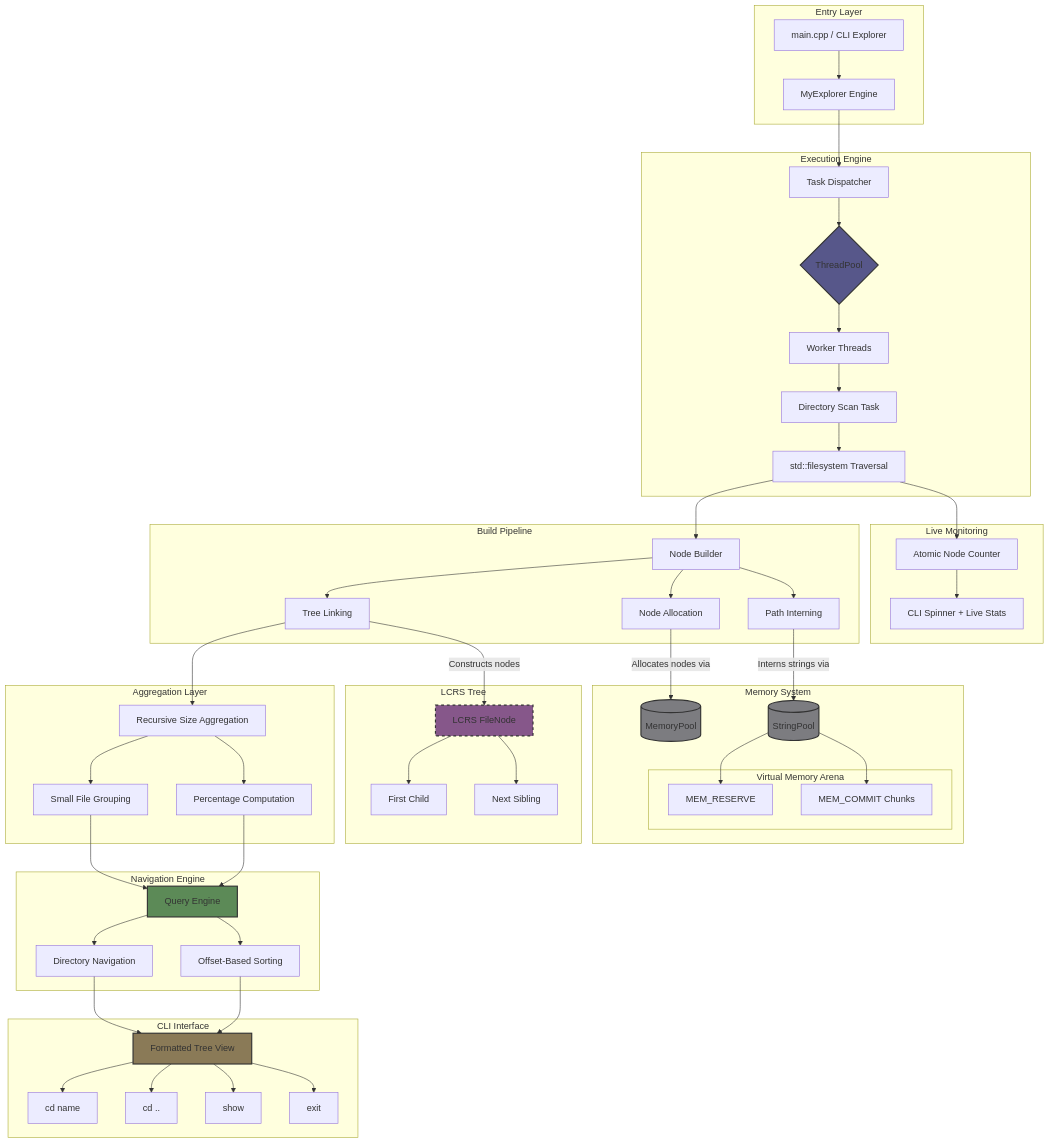
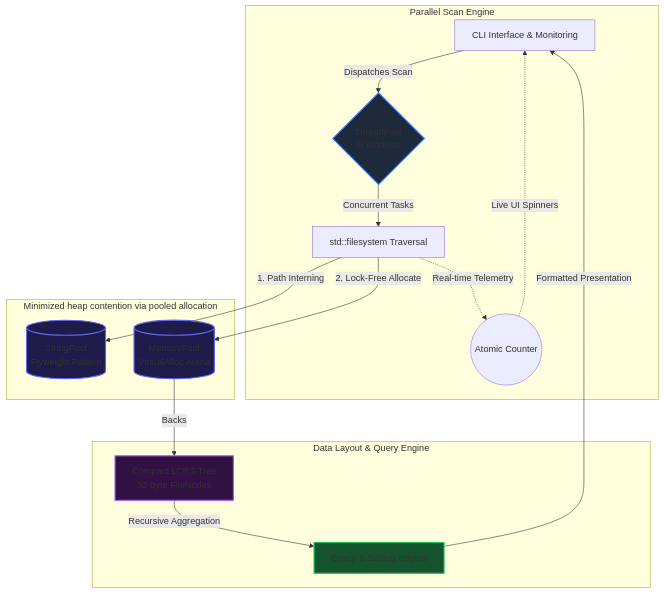
The diagram in README.md (Rejeem/MyExplorer), drawn with Mermaid before and after one commit. The commit also changed other lines of this file, not shown here.

Commit message:
Revise README for clarity and performance insights
Updated the README to enhance clarity and structure, including performance profiling details, system architecture, and limitations.

````diff
--- a/README.md
+++ b/README.md
@@ -16,156 +56,34 @@
 
 
 graph TD
-
-%% =====================================================
-%% ENTRY
-%% =====================================================
-
-subgraph "Entry Layer"
-    A[main.cpp / CLI Explorer] --> B[MyExplorer Engine]
-end
-
-%% =====================================================
-%% EXECUTION ENGINE
-%% =====================================================
-
-subgraph "Execution Engine"
-    B --> C[Task Dispatcher]
-    C --> D{ThreadPool}
-    D --> E[Worker Threads]
-    E --> F[Directory Scan Task]
-    F --> G[std::filesystem Traversal]
-end
-
-%% =====================================================
-%% LIVE STATUS
-%% =====================================================
-
-subgraph "Live Monitoring"
-    H[Atomic Node Counter]
-    I[CLI Spinner + Live Stats]
-end
-
-G --> H
-H --> I
-
-%% =====================================================
-%% BUILD PIPELINE
-%% =====================================================
-
-subgraph "Build Pipeline"
-    G --> J[Node Builder]
-    J --> K[Path Interning]
-    J --> L[Node Allocation]
-    J --> M[Tree Linking]
-end
-
-%% =====================================================
-%% MEMORY SYSTEM
-%% =====================================================
-
-subgraph "Memory System"
-
-    N[(MemoryPool)]
-    O[(StringPool)]
-
-    subgraph "Virtual Memory Arena"
-        P[MEM_RESERVE]
-        Q[MEM_COMMIT Chunks]
+    %% Entry & Frontend
+    CLI[CLI Interface & Monitoring] -->|Dispatches Scan| TP{ThreadPool <br/> N Workers}
+    
+    %% Execution Layer
+    subgraph ExecutionEngine ["Parallel Scan Engine"]
+        TP -->|Concurrent Tasks| FS[std::filesystem Traversal]
+        FS -.->|Real-time Telemetry| AC((Atomic Counter))
+        AC -.->|Live UI Spinners| CLI
     end
 
-end
+    %% Storage Layer
+    subgraph MemorySystem ["Minimized heap contention via pooled allocation"]
+        FS -->|1. Path Interning| SP[(StringPool <br/> Flyweight Pattern)]
+        FS -->|2. Lock-Free Allocate| MP[(MemoryPool <br/> VirtualAlloc Arena)]
+    end
 
-%% =====================================================
-%% TREE STRUCTURE
-%% =====================================================
+    %% Data Layout & Navigation
+    subgraph DataLayer ["Data Layout & Query Engine"]
+        MP -->|Backs| LCRS[Compact LCRS Tree <br/> 32-byte FileNodes]
+        LCRS -->|Recursive Aggregation| QE[Query & Sorting Engine]
+    end
 
-subgraph "LCRS Tree"
+    QE -->|Formatted Presentation| CLI
 
-    R[LCRS FileNode]
-
-    R --> S[First Child]
-    R --> T[Next Sibling]
-
-end
-
-%% =====================================================
-%% FILTERING & AGGREGATION
-%% =====================================================
-
-subgraph "Aggregation Layer"
-
-    U[Recursive Size Aggregation]
-    V[Small File Grouping]
-    W[Percentage Computation]
-
-end
-
-M --> U
-U --> V
-U --> W
-
-%% =====================================================
-%% NAVIGATION ENGINE
-%% =====================================================
-
-subgraph "Navigation Engine"
-
-    X[Directory Navigation]
-    Y[Offset-Based Sorting]
-    Z[Query Engine]
-
-end
-
-V --> Z
-W --> Z
-
-Z --> X
-Z --> Y
-
-%% =====================================================
-%% CLI INTERFACE
-%% =====================================================
-
-subgraph "CLI Interface"
-
-    AA[Formatted Tree View]
-
-    AB[cd name]
-    AC[cd ..]
-    AD[show]
-    AE[exit]
-
-end
-
-X --> AA
-Y --> AA
-
-AA --> AB
-AA --> AC
-AA --> AD
-AA --> AE
-
-%% =====================================================
-%% REAL FLOW
-%% =====================================================
-
-K -->|Interns strings via| O
-L -->|Allocates nodes via| N
-
-O --> P
-O --> Q
-
-M -->|Constructs nodes| R
-
-%% =====================================================
-%% STYLING
-%% =====================================================
-
-style N fill:#7c7c80,stroke:#333,stroke-width:2px
-style O fill:#7c7c80,stroke:#333,stroke-width:2px
-style D fill:#57578a,stroke:#333,stroke-width:2px
-style R fill:#86578a,stroke:#333,stroke-width:2px,stroke-dasharray: 5 5
-style Z fill:#5c8a57,stroke:#333,stroke-width:2px
-style AA fill:#8a7a57,stroke:#333,stroke-width:2px
+    %% Design Styles
+    style TP fill:#1e293b,stroke:#3b82f6,stroke-width:2px
+    style MP fill:#1e1b4b,stroke:#6366f1,stroke-width:2px
+    style SP fill:#1e1b4b,stroke:#6366f1,stroke-width:2px
+    style LCRS fill:#311042,stroke:#a855f7,stroke-width:2px
+    style QE fill:#14532d,stroke:#22c55e,stroke-width:2px
 ```
````
